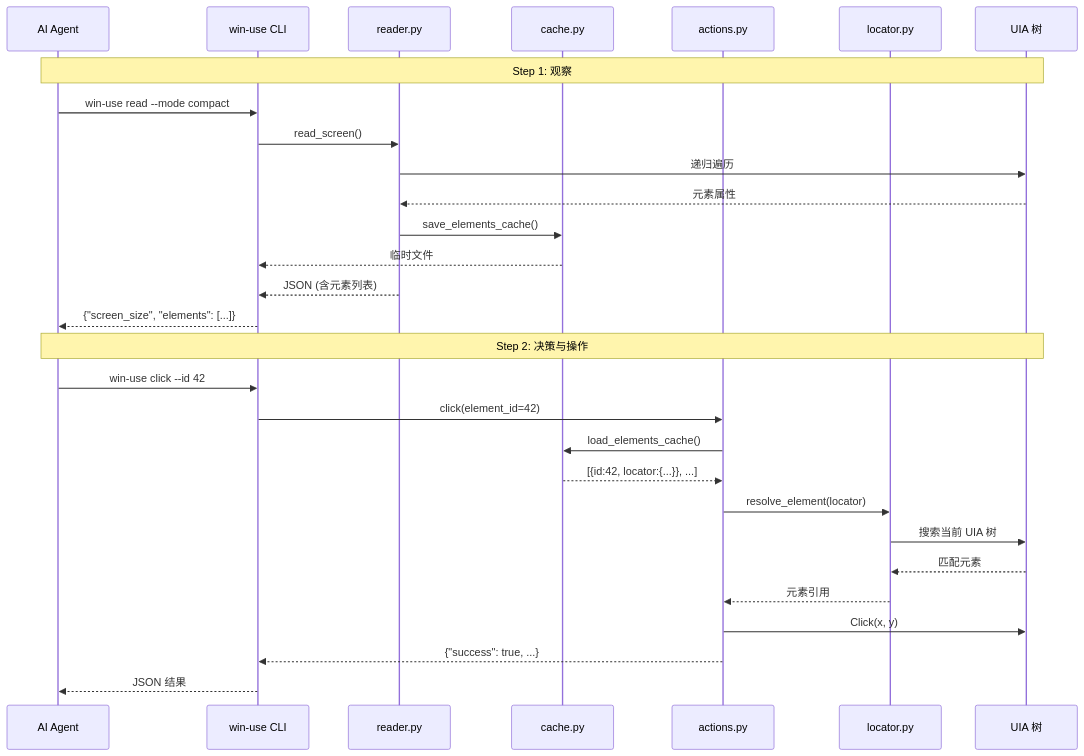
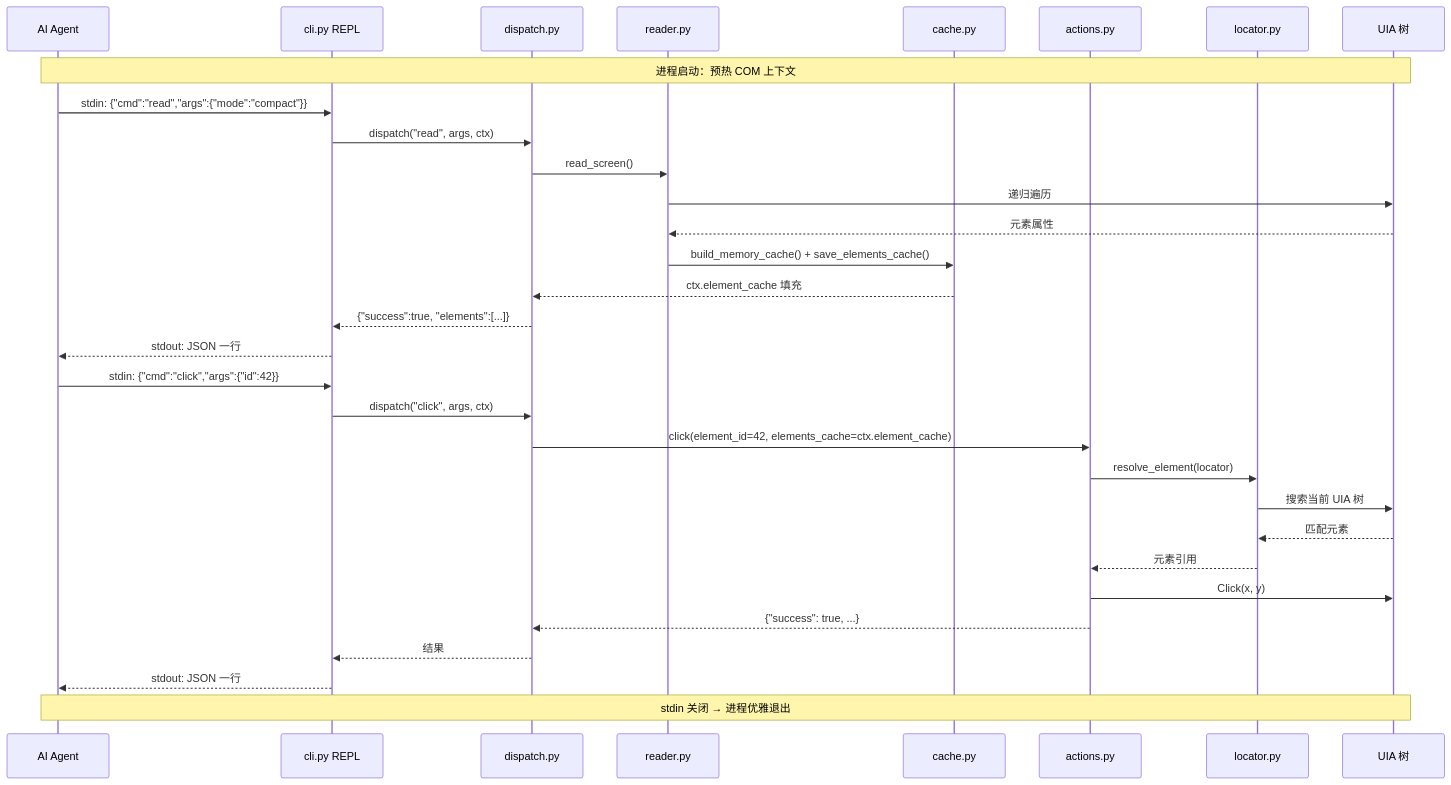
Before and after one commit to TheMountainTree/win-use: the second of 2 diagrams in DESIGN.md, drawn with Mermaid. The commit also changed other lines of this file and 25 other files, not shown here.

Commit message:
Refactor win-use CLI to use a loop agent REPL; remove socket server and integrate command dispatching directly. Add memory caching for elements and streamline command handling.

````diff
--- a/DESIGN.md
+++ b/DESIGN.md
@@ -395,33 +392,36 @@
 ```mermaid
 sequenceDiagram
     participant AI as AI Agent
-    participant CLI as win-use CLI
+    participant REPL as cli.py REPL
+    participant D as dispatch.py
     participant R as reader.py
     participant C as cache.py
     participant A as actions.py
     participant L as locator.py
     participant UIA as UIA 树
 
-    Note over AI,UIA: Step 1: 观察
-    AI->>CLI: win-use read --mode compact
-    CLI->>R: read_screen()
+    Note over AI,UIA: 进程启动：预热 COM 上下文
+    AI->>REPL: stdin: {"cmd":"read","args":{"mode":"compact"}}
+    REPL->>D: dispatch("read", args, ctx)
+    D->>R: read_screen()
     R->>UIA: 递归遍历
     UIA-->>R: 元素属性
-    R->>C: save_elements_cache()
-    C-->>CLI: 临时文件
-    R-->>CLI: JSON (含元素列表)
-    CLI-->>AI: {"screen_size", "elements": [...]}
+    R->>C: build_memory_cache() + save_elements_cache()
+    C-->>D: ctx.element_cache 填充
+    D-->>REPL: {"success":true, "elements":[...]}
+    REPL-->>AI: stdout: JSON 一行
 
-    Note over AI,UIA: Step 2: 决策与操作
-    AI->>CLI: win-use click --id 42
-    CLI->>A: click(element_id=42)
-    A->>C: load_elements_cache()
-    C-->>A: [{id:42, locator:{...}}, ...]
+    AI->>REPL: stdin: {"cmd":"click","args":{"id":42}}
+    REPL->>D: dispatch("click", args, ctx)
+    D->>A: click(element_id=42, elements_cache=ctx.element_cache)
     A->>L: resolve_element(locator)
     L->>UIA: 搜索当前 UIA 树
     UIA-->>L: 匹配元素
     L-->>A: 元素引用
     A->>UIA: Click(x, y)
-    A-->>CLI: {"success": true, ...}
-    CLI-->>AI: JSON 结果
+    A-->>D: {"success": true, ...}
+    D-->>REPL: 结果
+    REPL-->>AI: stdout: JSON 一行
+
+    Note over AI,UIA: stdin 关闭 → 进程优雅退出
 ```
````
